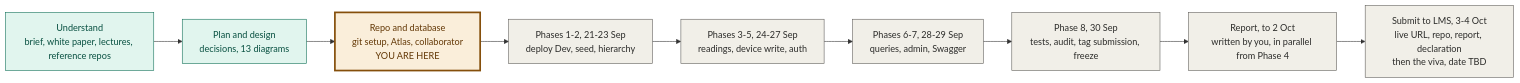
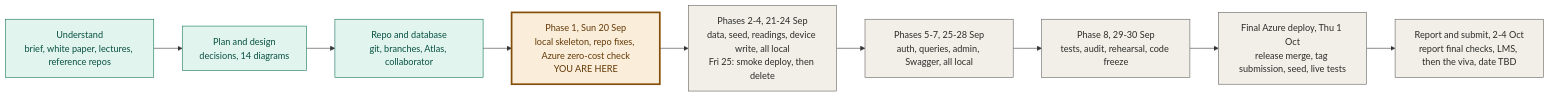
Before and after one commit to hashiniRanasinghe/solar-api: the diagram in docs/design/diagrams/12-roadmap.mmd, drawn with Mermaid. The commit also changed 6 other files, not shown here.

Commit message:
docs: update decisions and diagrams for the local-first Azure plan

```diff
--- a/docs/design/diagrams/12-roadmap.mmd
+++ b/docs/design/diagrams/12-roadmap.mmd
@@ -1,23 +1,23 @@
-%% 12-roadmap.mmd - Roadmap from start to LMS submission, with a "you are here" marker
+%% 12-roadmap.mmd - Roadmap from start to LMS submission, with a "you are here" marker (local-first plan)
 %% Basis: PLAN §13 (phases and timeline), brief §7 and §12 (what is submitted), deadline Sun 4 Oct 2026 (DECIDED · YOU).
 %% HOW TO UPDATE: when a step finishes, move its node from class "now" to class "done" and give the next node class "now".
 %% Only one node should have class "now". Dates come from PLAN §13 and are targets, not promises. Viva date is not known yet (OQ-25).
 flowchart LR
   S1["Understand<br/>brief, white paper, lectures, reference repos"]
-  S2["Plan and design<br/>decisions, 13 diagrams"]
-  S3["Repo and database<br/>git setup, Atlas, collaborator<br/>YOU ARE HERE"]
-  S4["Phases 1-2, 21-23 Sep<br/>deploy Dev, seed, hierarchy"]
-  S5["Phases 3-5, 24-27 Sep<br/>readings, device write, auth"]
-  S6["Phases 6-7, 28-29 Sep<br/>queries, admin, Swagger"]
-  S7["Phase 8, 30 Sep<br/>tests, audit, tag submission, freeze"]
-  S8["Report, to 2 Oct<br/>written by you, in parallel from Phase 4"]
-  S9["Submit to LMS, 3-4 Oct<br/>live URL, repo, report, declaration<br/>then the viva, date TBD"]
+  S2["Plan and design<br/>decisions, 14 diagrams"]
+  S3["Repo and database<br/>git, branches, Atlas, collaborator"]
+  S4["Phase 1, Sun 20 Sep<br/>local skeleton, repo fixes, Azure zero-cost check<br/>YOU ARE HERE"]
+  S5["Phases 2-4, 21-24 Sep<br/>data, seed, readings, device write, all local<br/>Fri 25: smoke deploy, then delete"]
+  S6["Phases 5-7, 25-28 Sep<br/>auth, queries, admin, Swagger, all local"]
+  S7["Phase 8, 29-30 Sep<br/>tests, audit, rehearsal, code freeze"]
+  S8["Final Azure deploy, Thu 1 Oct<br/>release merge, tag submission, seed, live tests"]
+  S9["Report and submit, 2-4 Oct<br/>report final checks, LMS, then the viva, date TBD"]
 
   S1 --> S2 --> S3 --> S4 --> S5 --> S6 --> S7 --> S8 --> S9
 
   classDef done fill:#e1f5ee,stroke:#0f6e56,color:#085041
   classDef now fill:#faeeda,stroke:#854f0b,color:#633806,stroke-width:3px
   classDef todo fill:#f1efe8,stroke:#5f5e5a,color:#2c2c2a
-  class S1,S2 done
-  class S3 now
-  class S4,S5,S6,S7,S8,S9 todo
+  class S1,S2,S3 done
+  class S4 now
+  class S5,S6,S7,S8,S9 todo
```
